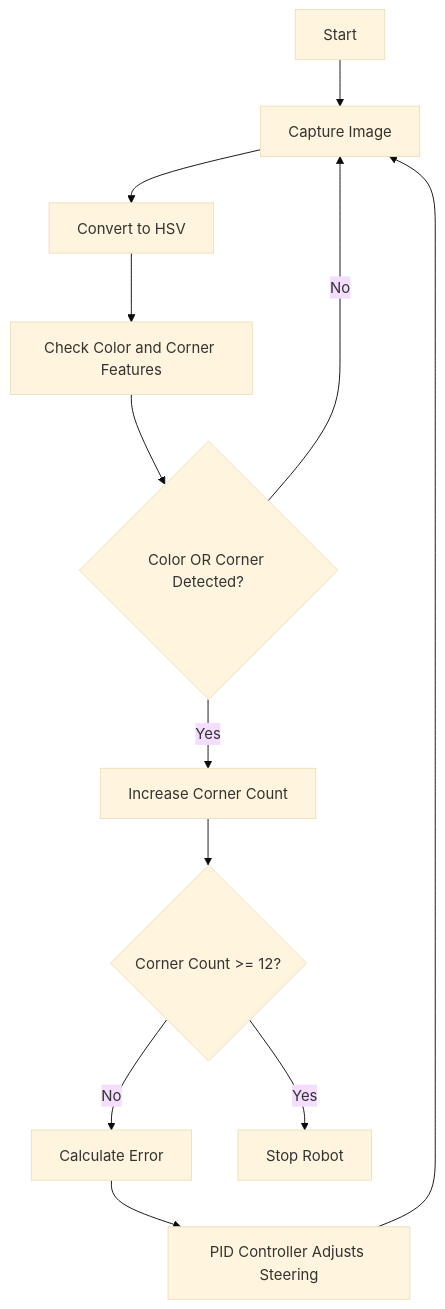
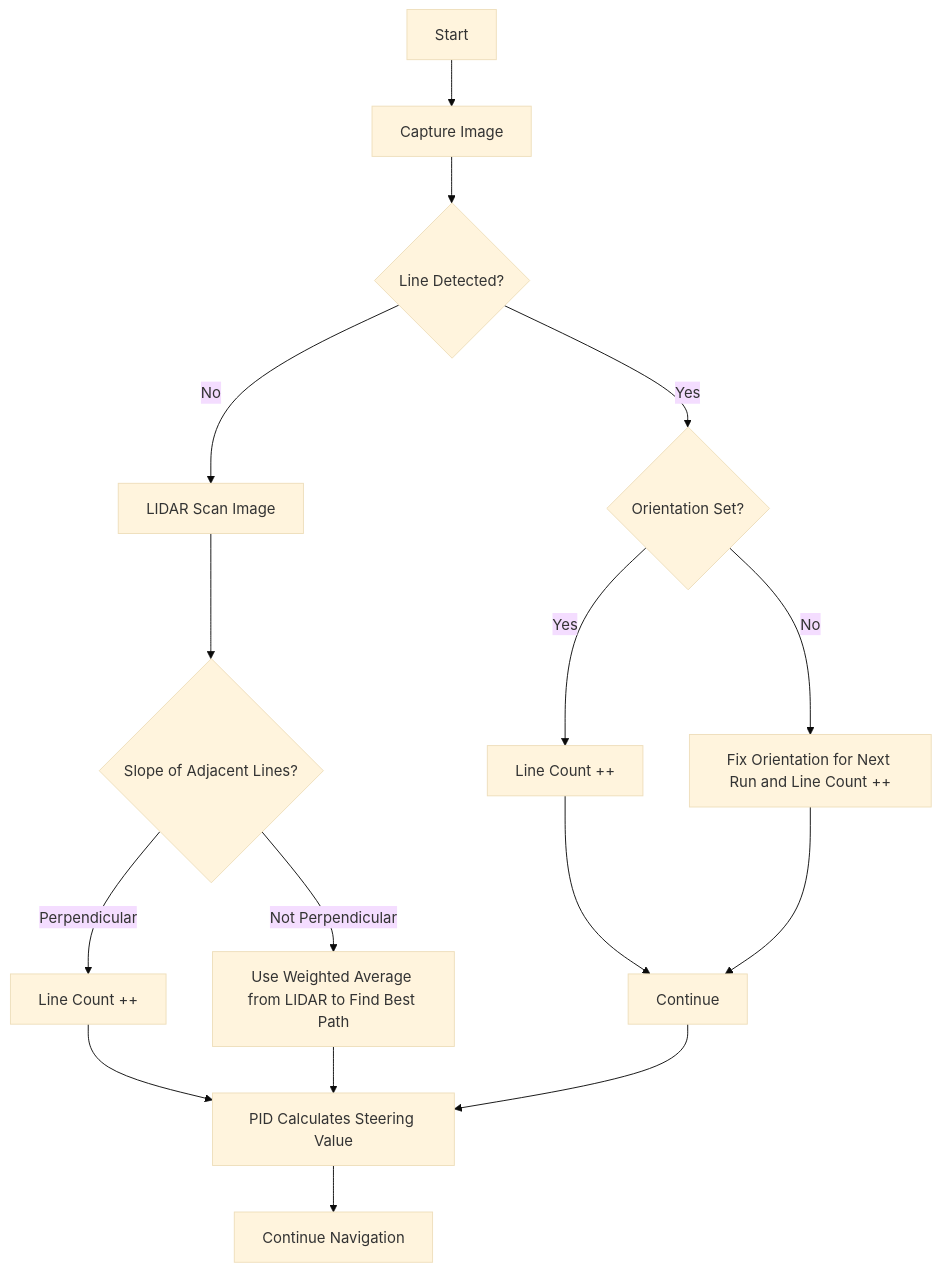
One commit to AnasBinAzim/Pladytron changed the first of 2 diagrams in README.md. Above: the diagram before and after it, drawn with Mermaid (base theme).

````diff
--- a/README.md
+++ b/README.md
@@ -629,14 +629,21 @@
 ```mermaid
 flowchart TD
     A[Start] --> B[Capture Image]
-    B --> C[Convert to HSV]
-    C --> D[Check Color and Corner Features]
-    D --> E{Color OR Corner Detected?}
-    E -->|Yes| F[Increase Corner Count]
-    E -->|No| B
-    F --> G{Corner Count >= 12?}
-    G -->|No| H[Calculate Error]
-    H --> I[PID Controller Adjusts Steering]
-    I --> B
-    G -->|Yes| J[Stop Robot]
+    B --> C{Line Detected?}
+    
+    C -->|Yes| D{Orientation Set?}
+    D -->|Yes| E[Line Count ++]
+    D -->|No| F[Fix Orientation for Next Run and Line Count ++]
+    E --> G[Continue]
+    F --> G[Continue]
+    
+    C -->|No| H[LIDAR Scan Image]
+    H --> I{Slope of Adjacent Lines?}
+    I -->|Perpendicular| J[Line Count ++]
+    I -->|Not Perpendicular| K[Use Weighted Average from LIDAR to Find Best Path]
+    
+    J --> L[PID Calculates Steering Value]
+    K --> L[PID Calculates Steering Value]
+    G --> L
+    L --> M[Continue Navigation]
 ```
````
